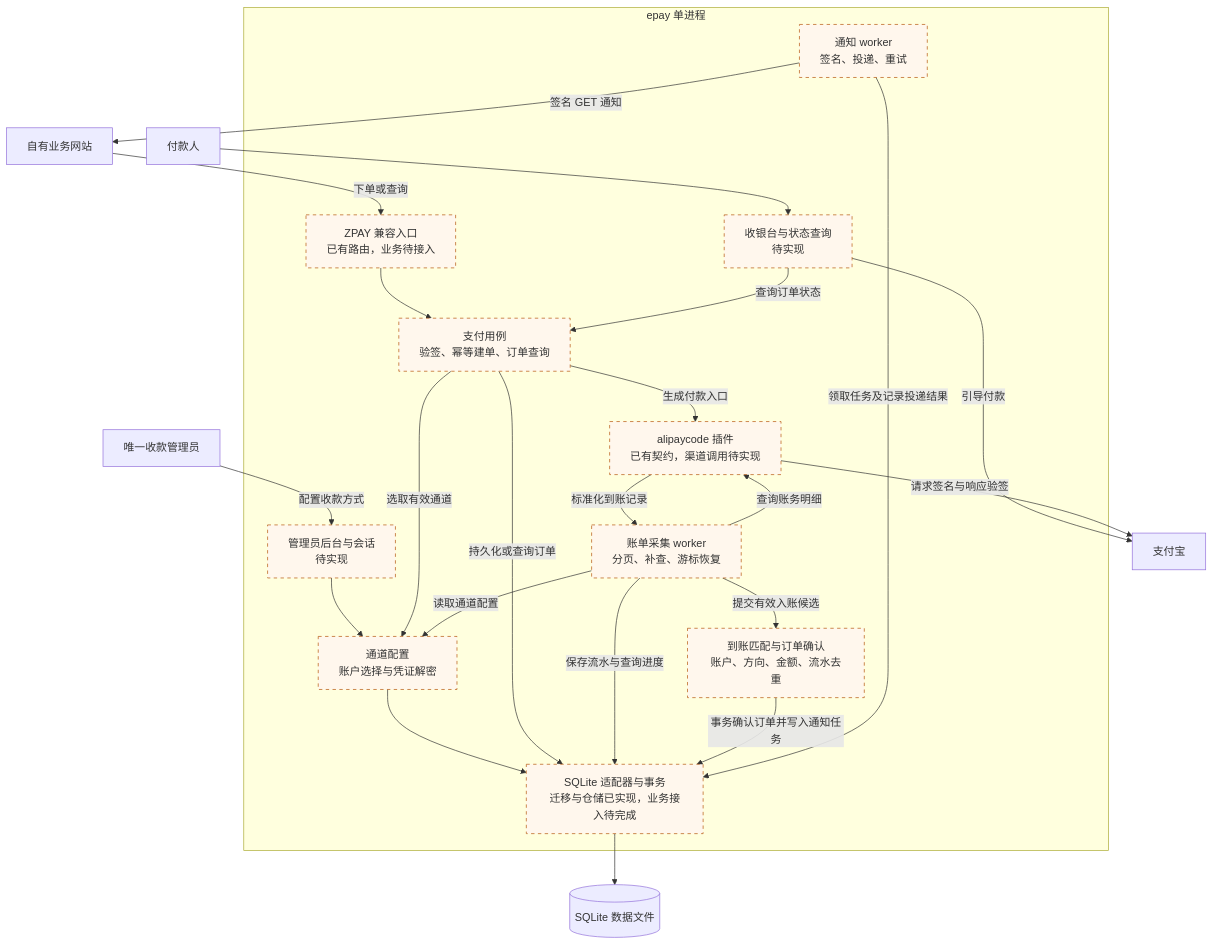
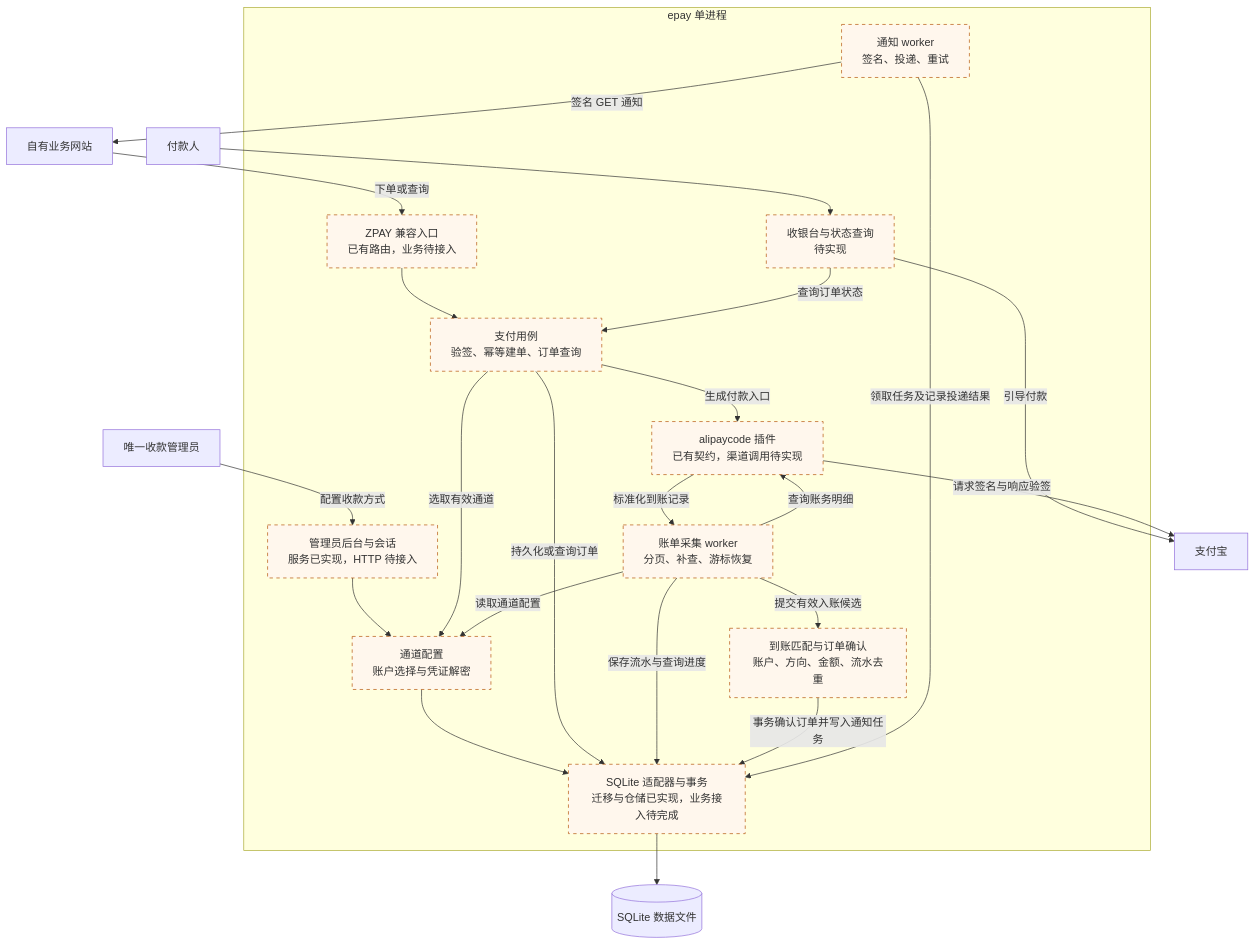
The second of 2 diagrams in docs/architecture.md (forza0310/Epay-go), drawn with Mermaid before and after one commit. The commit also changed other lines of this file and 6 other files, not shown here.

````diff
--- a/docs/architecture.md
+++ b/docs/architecture.md
@@ -87,46 +90,46 @@
 ```mermaid
 flowchart TB
     Owner["唯一收款管理员"]
     Business["自有业务网站"]
     Payer["付款人"]
     Alipay["支付宝"]
     Database[("SQLite 数据文件")]
 
     subgraph Process["epay 单进程"]
-        Admin["管理员后台与会话<br/>待实现"]
+        Admin["管理员后台与会话<br/>服务已实现，HTTP 待接入"]
         API["ZPAY 兼容入口<br/>已有路由，业务待接入"]
         Checkout["收银台与状态查询<br/>待实现"]
         Usecase["支付用例<br/>验签、幂等建单、订单查询"]
         ChannelConfig["通道配置<br/>账户选择与凭证解密"]
         Plugin["alipaycode 插件<br/>已有契约，渠道调用待实现"]
         Poller["账单采集 worker<br/>分页、补查、游标恢复"]
         Confirm["到账匹配与订单确认<br/>账户、方向、金额、流水去重"]
         Store["SQLite 适配器与事务<br/>迁移与仓储已实现，业务接入待完成"]
         Notify["通知 worker<br/>签名、投递、重试"]
     end
 
     Owner -->|配置收款方式| Admin
     Admin --> ChannelConfig
     ChannelConfig --> Store
     Business -->|下单或查询| API
     API --> Usecase
     Payer --> Checkout
     Checkout -->|查询订单状态| Usecase
     Usecase -->|选取有效通道| ChannelConfig
     Usecase -->|持久化或查询订单| Store
     Usecase -->|生成付款入口| Plugin
     Checkout -->|引导付款| Alipay
     Poller -->|读取通道配置| ChannelConfig
     Poller -->|查询账务明细| Plugin
     Plugin -->|请求签名与响应验签| Alipay
     Plugin -->|标准化到账记录| Poller
     Poller -->|保存流水与查询进度| Store
     Poller -->|提交有效入账候选| Confirm
     Confirm -->|事务确认订单并写入通知任务| Store
     Notify -->|领取任务及记录投递结果| Store
     Notify -->|签名 GET 通知| Business
     Store --> Database
 
     classDef planned fill:#fff7ed,stroke:#b45309,stroke-width:1px,stroke-dasharray:5 5;
     class Admin,API,Checkout,Usecase,ChannelConfig,Plugin,Poller,Confirm,Store,Notify planned;
 ```
````
